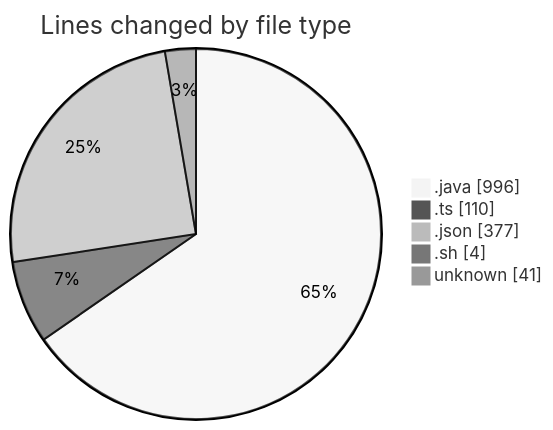
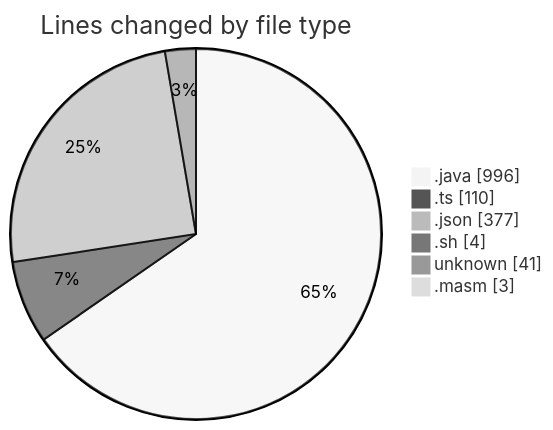
Before and after one commit to charlie-sans/code-tracking: the first of 2 diagrams in 2025-02-20/micros/README.md, drawn with Mermaid (neutral theme). The commit also changed other lines of this file and 1 other file, not shown here.

````diff
--- a/2025-02-20/micros/README.md
+++ b/2025-02-20/micros/README.md
@@ -28,9 +29,10 @@
 ```mermaid
 pie showData
 title Lines changed by file type
 ".java" : 996
 ".ts" : 110
 ".json" : 377
 ".sh" : 4
 "unknown" : 41
+".masm" : 3
 ```
````
